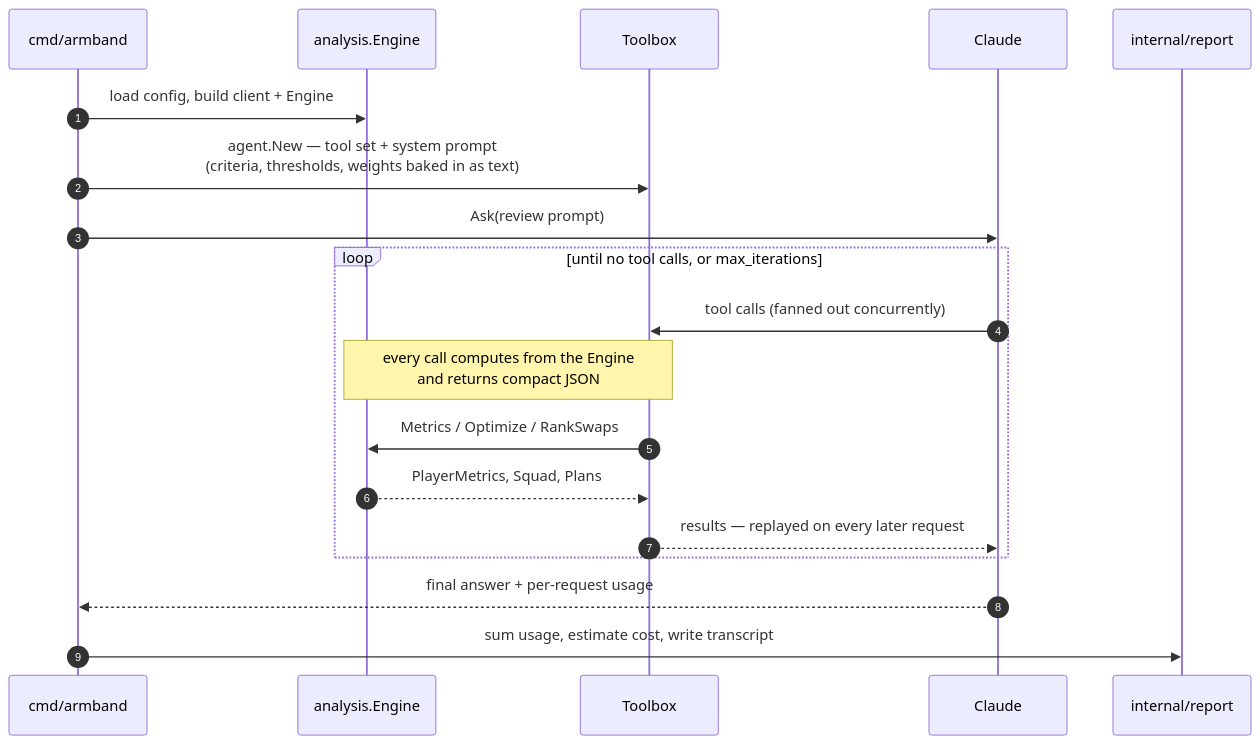
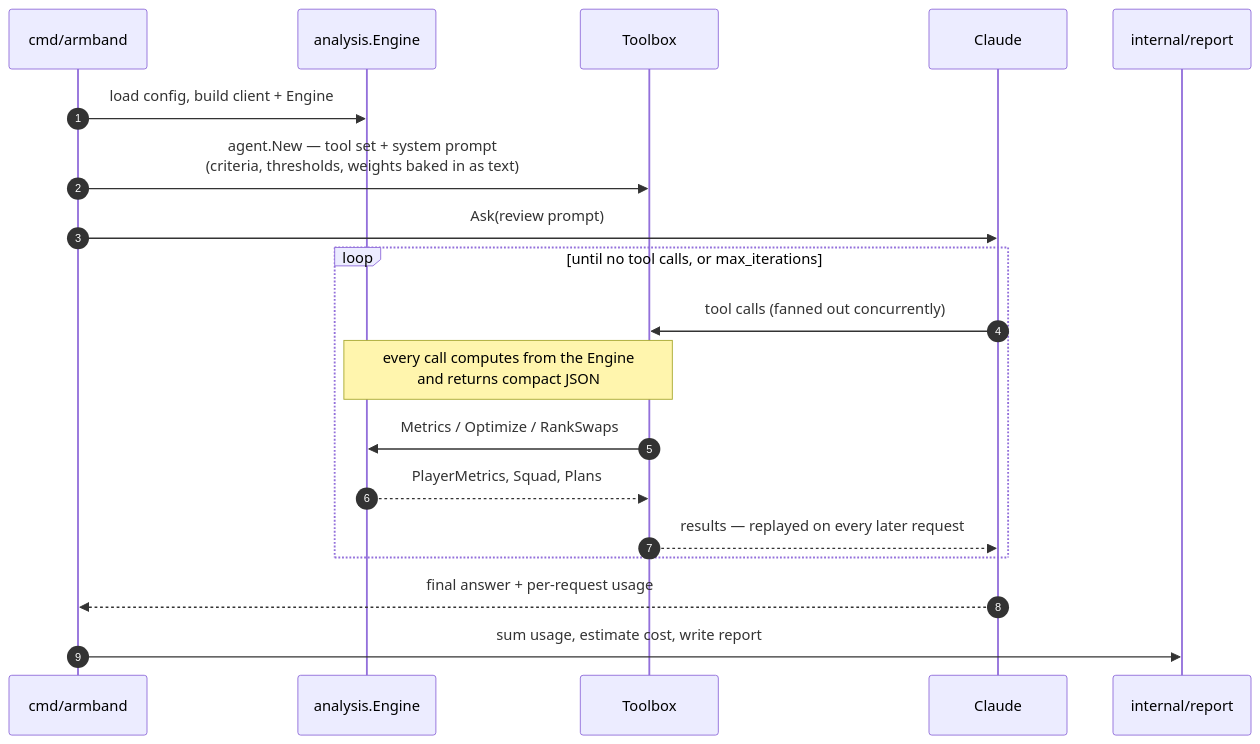
Before and after one commit to beeradb/FPL-Armband: the third of 4 diagrams in docs/architecture.md, drawn with Mermaid. The commit also changed 10 other files, not shown here.

````diff
--- a/docs/architecture.md
+++ b/docs/architecture.md
@@ -199,24 +199,24 @@
 ```mermaid
 sequenceDiagram
     autonumber
     participant U as cmd/armband
     participant E as analysis.Engine
     participant T as Toolbox
     participant M as Claude
     participant R as internal/report
 
     U->>E: load config, build client + Engine
     U->>T: agent.New — tool set + system prompt<br/>(criteria, thresholds, weights baked in as text)
     U->>M: Ask(review prompt)
 
     loop until no tool calls, or max_iterations
         M->>T: tool calls (fanned out concurrently)
         Note over T,E: every call computes from the Engine<br/>and returns compact JSON
         T->>E: Metrics / Optimize / RankSwaps
         E-->>T: PlayerMetrics, Squad, Plans
         T-->>M: results — replayed on every later request
     end
 
     M-->>U: final answer + per-request usage
-    U->>R: sum usage, estimate cost, write transcript
+    U->>R: sum usage, estimate cost, write report
 ```
````
